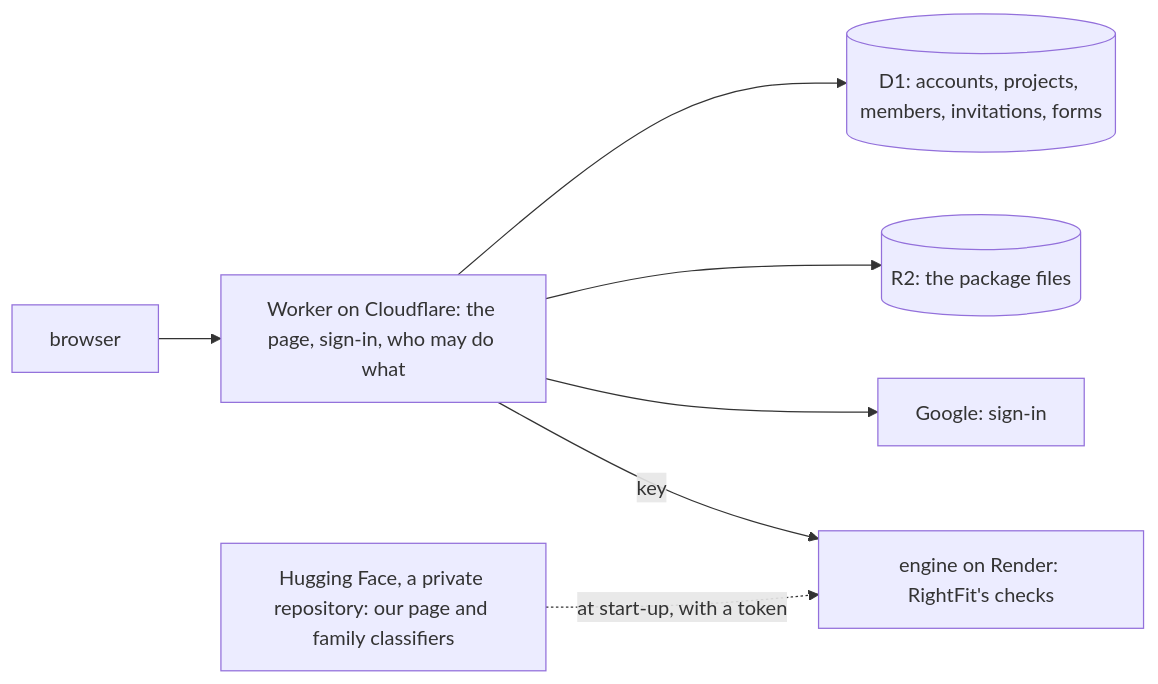
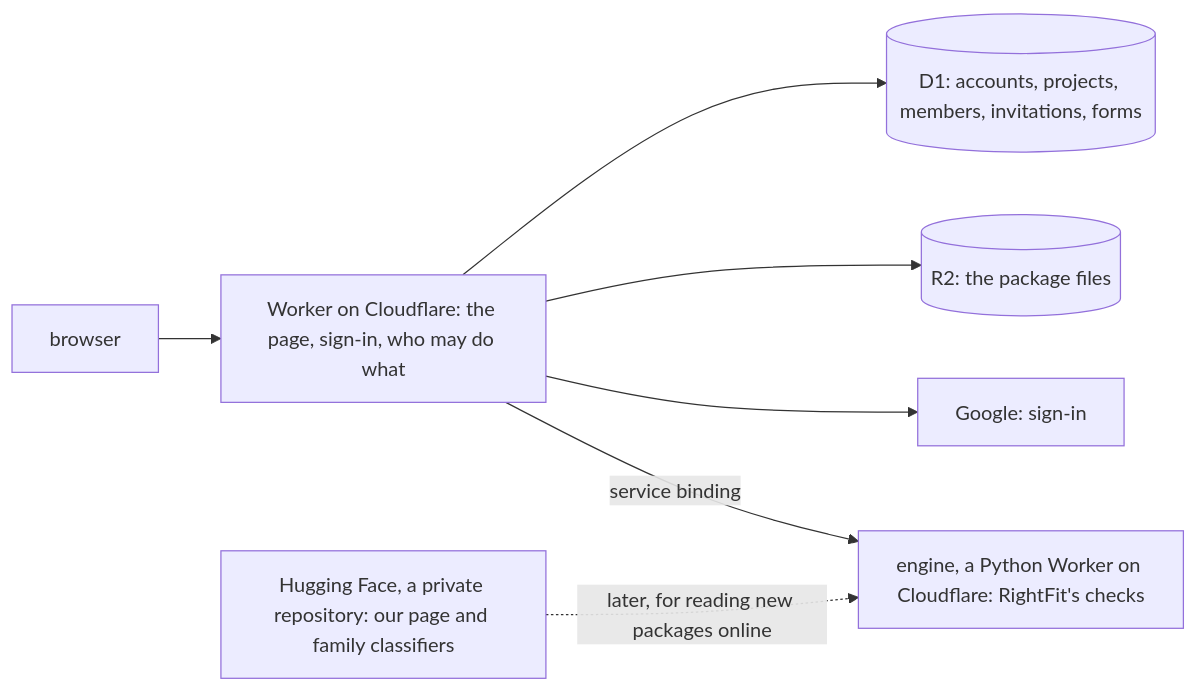
The diagram in spec/features/rightfit_online.md (iaac-maai/RightFit), drawn with Mermaid before and after one commit. The commit also changed other lines of this file and 20 other files, not shown here.

First line of the commit message:
RightFit online: the reviewers edit a review online

````diff
--- a/spec/features/rightfit_online.md
+++ b/spec/features/rightfit_online.md
@@ -24,9 +24,9 @@
 ```mermaid
 flowchart LR
   B[browser] --> W[Worker on Cloudflare: the page, sign-in, who may do what]
   W --> D[(D1: accounts, projects, members, invitations, forms)]
   W --> R[(R2: the package files)]
   W --> G[Google: sign-in]
-  W -->|key| E[engine on Render: RightFit's checks]
-  H[Hugging Face, a private repository: our page and family classifiers] -.->|at start-up, with a token| E
+  W -->|service binding| E[engine, a Python Worker on Cloudflare: RightFit's checks]
+  H[Hugging Face, a private repository: our page and family classifiers] -.->|later, for reading new packages online| E
 ```
````
